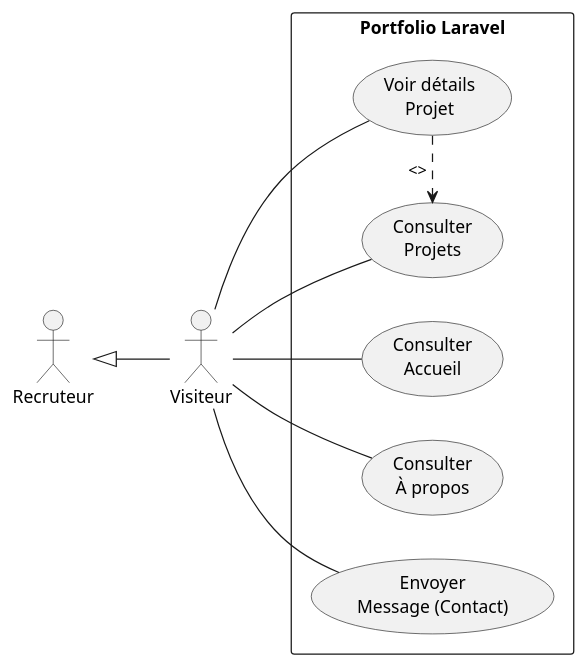
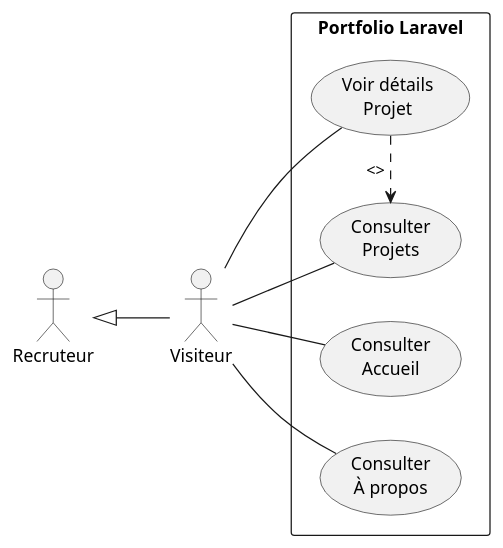
One commit to salma-dev123/Portfolio changed the diagram in analyse/diagram.puml. Above: the diagram before and after it, drawn with PlantUML. The commit also changed 4 other files, not shown here.

```diff
--- a/analyse/diagram.puml
+++ b/analyse/diagram.puml
@@ -1,25 +1,24 @@
 @startuml
 left to right direction
 skinparam packageStyle rectangle
 
 actor "Visiteur" as Visitor
 actor "Recruteur" as Recruiter
 Recruiter <|-- Visitor
 
 rectangle "Portfolio Laravel" {
   usecase "Consulter\nAccueil" as UC_Home
   usecase "Consulter\nÀ propos" as UC_About
   usecase "Consulter\nProjets" as UC_Projects
   usecase "Voir détails\nProjet" as UC_ProjectDetails
-  usecase "Envoyer\nMessage (Contact)" as UC_Contact
 }
 
 Visitor -- UC_Home
 Visitor -- UC_About
 Visitor -- UC_Projects
 Visitor -- UC_ProjectDetails
-Visitor -- UC_Contact
 
-' Optionnel : relations de dépendance/extension
+' Optionnel : relation logique
 UC_ProjectDetails .> UC_Projects : <>
+
 @enduml
```
